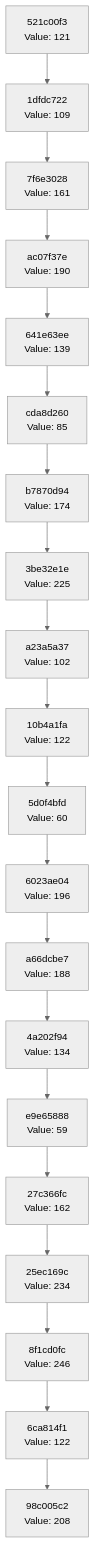
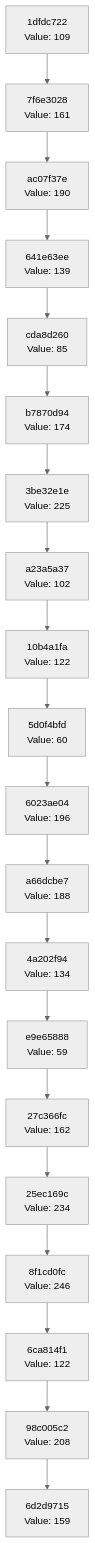
The diagram in docs/CHAIN_VISUALIZATION.md (Abhisheksinha1506/hash-chain-evolver), drawn with Mermaid (neutral theme) before and after one commit. The commit also changed 2 other files, not shown here.

Commit message:
Evolution step: hash 0x9F → action executed

````diff
--- a/docs/CHAIN_VISUALIZATION.md
+++ b/docs/CHAIN_VISUALIZATION.md
@@ -3,42 +3,42 @@
 ```mermaid
 graph TD
-    C0["98c005c2<br/>Value: 208"]
-    C1["6ca814f1<br/>Value: 122"]
+    C0["6d2d9715<br/>Value: 159"]
+    C1["98c005c2<br/>Value: 208"]
     C1 --> C0
-    C2["8f1cd0fc<br/>Value: 246"]
+    C2["6ca814f1<br/>Value: 122"]
     C2 --> C1
-    C3["25ec169c<br/>Value: 234"]
+    C3["8f1cd0fc<br/>Value: 246"]
     C3 --> C2
-    C4["27c366fc<br/>Value: 162"]
+    C4["25ec169c<br/>Value: 234"]
     C4 --> C3
-    C5["e9e65888<br/>Value: 59"]
+    C5["27c366fc<br/>Value: 162"]
     C5 --> C4
-    C6["4a202f94<br/>Value: 134"]
+    C6["e9e65888<br/>Value: 59"]
     C6 --> C5
-    C7["a66dcbe7<br/>Value: 188"]
+    C7["4a202f94<br/>Value: 134"]
     C7 --> C6
-    C8["6023ae04<br/>Value: 196"]
+    C8["a66dcbe7<br/>Value: 188"]
     C8 --> C7
-    C9["5d0f4bfd<br/>Value: 60"]
+    C9["6023ae04<br/>Value: 196"]
     C9 --> C8
-    C10["10b4a1fa<br/>Value: 122"]
+    C10["5d0f4bfd<br/>Value: 60"]
     C10 --> C9
-    C11["a23a5a37<br/>Value: 102"]
+    C11["10b4a1fa<br/>Value: 122"]
     C11 --> C10
-    C12["3be32e1e<br/>Value: 225"]
+    C12["a23a5a37<br/>Value: 102"]
     C12 --> C11
-    C13["b7870d94<br/>Value: 174"]
+    C13["3be32e1e<br/>Value: 225"]
     C13 --> C12
-    C14["cda8d260<br/>Value: 85"]
+    C14["b7870d94<br/>Value: 174"]
     C14 --> C13
-    C15["641e63ee<br/>Value: 139"]
+    C15["cda8d260<br/>Value: 85"]
     C15 --> C14
-    C16["ac07f37e<br/>Value: 190"]
+    C16["641e63ee<br/>Value: 139"]
     C16 --> C15
-    C17["7f6e3028<br/>Value: 161"]
+    C17["ac07f37e<br/>Value: 190"]
     C17 --> C16
-    C18["1dfdc722<br/>Value: 109"]
+    C18["7f6e3028<br/>Value: 161"]
     C18 --> C17
-    C19["521c00f3<br/>Value: 121"]
+    C19["1dfdc722<br/>Value: 109"]
     C19 --> C18
 ```
````
